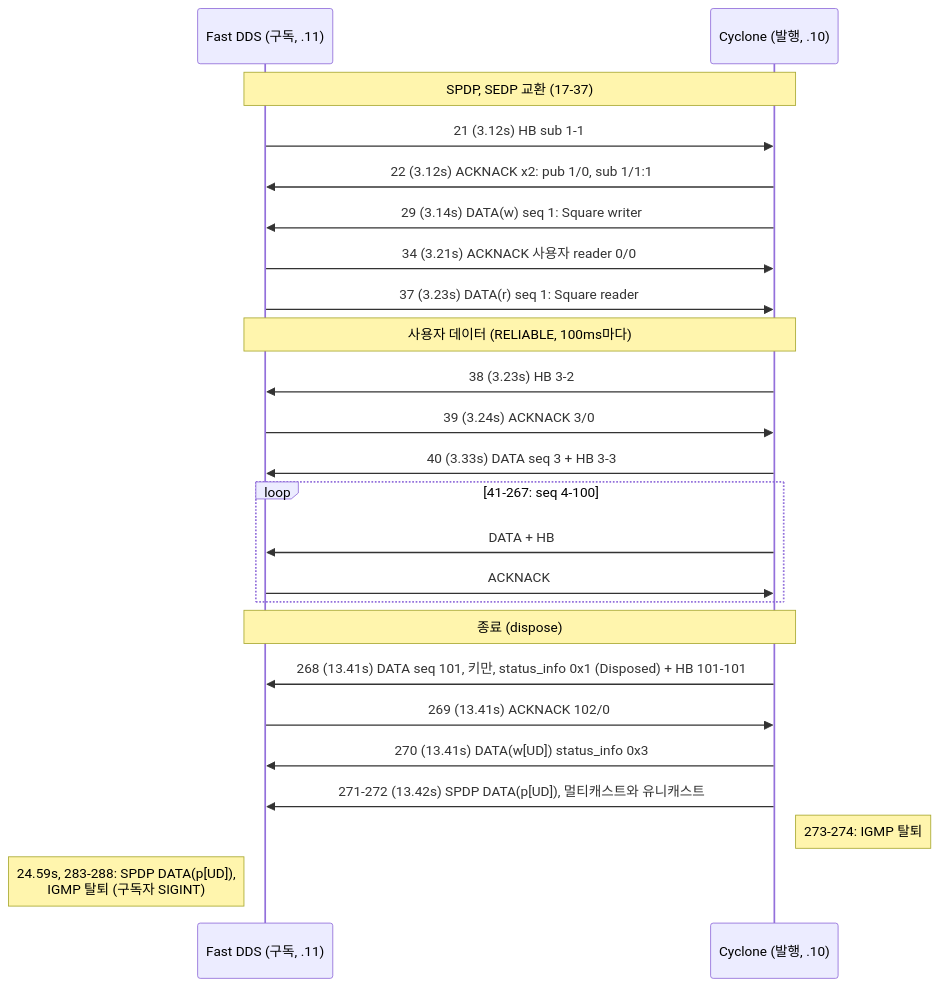
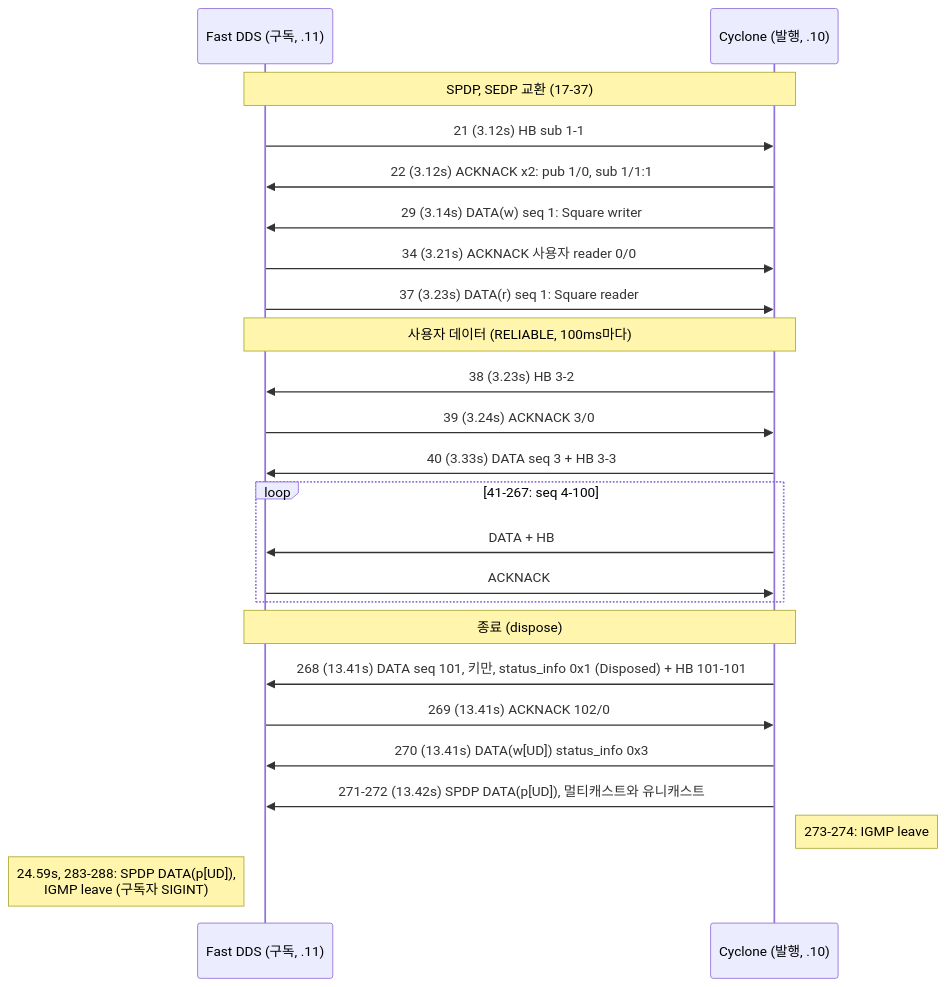
The fifth of 7 diagrams in captures/cyclone-fastdds/README.md (danielhongwoo/mdds), drawn with Mermaid before and after one commit. The commit also changed other lines of this file and 8 other files, not shown here.

````diff
--- a/captures/cyclone-fastdds/README.md
+++ b/captures/cyclone-fastdds/README.md
@@ -289,29 +289,29 @@
 ```mermaid
 sequenceDiagram
     participant F as Fast DDS (구독, .11)
     participant C as Cyclone (발행, .10)
 
     Note over F,C: SPDP, SEDP 교환 (17-37)
     F->>C: 21 (3.12s) HB sub 1-1
     C->>F: 22 (3.12s) ACKNACK x2: pub 1/0, sub 1/1:1
     C->>F: 29 (3.14s) DATA(w) seq 1: Square writer
     F->>C: 34 (3.21s) ACKNACK 사용자 reader 0/0
     F->>C: 37 (3.23s) DATA(r) seq 1: Square reader
 
     Note over F,C: 사용자 데이터 (RELIABLE, 100ms마다)
     C->>F: 38 (3.23s) HB 3-2
     F->>C: 39 (3.24s) ACKNACK 3/0
     C->>F: 40 (3.33s) DATA seq 3 + HB 3-3
     loop 41-267: seq 4-100
         C->>F: DATA + HB
         F->>C: ACKNACK
     end
 
     Note over F,C: 종료 (dispose)
     C->>F: 268 (13.41s) DATA seq 101, 키만, status_info 0x1 (Disposed) + HB 101-101
     F->>C: 269 (13.41s) ACKNACK 102/0
     C->>F: 270 (13.41s) DATA(w[UD]) status_info 0x3
     C->>F: 271-272 (13.42s) SPDP DATA(p[UD]), 멀티캐스트와 유니캐스트
-    Note right of C: 273-274: IGMP 탈퇴
-    Note left of F: 24.59s, 283-288: SPDP DATA(p[UD]),<br/>IGMP 탈퇴 (구독자 SIGINT)
+    Note right of C: 273-274: IGMP leave
+    Note left of F: 24.59s, 283-288: SPDP DATA(p[UD]),<br/>IGMP leave (구독자 SIGINT)
 ```
````
